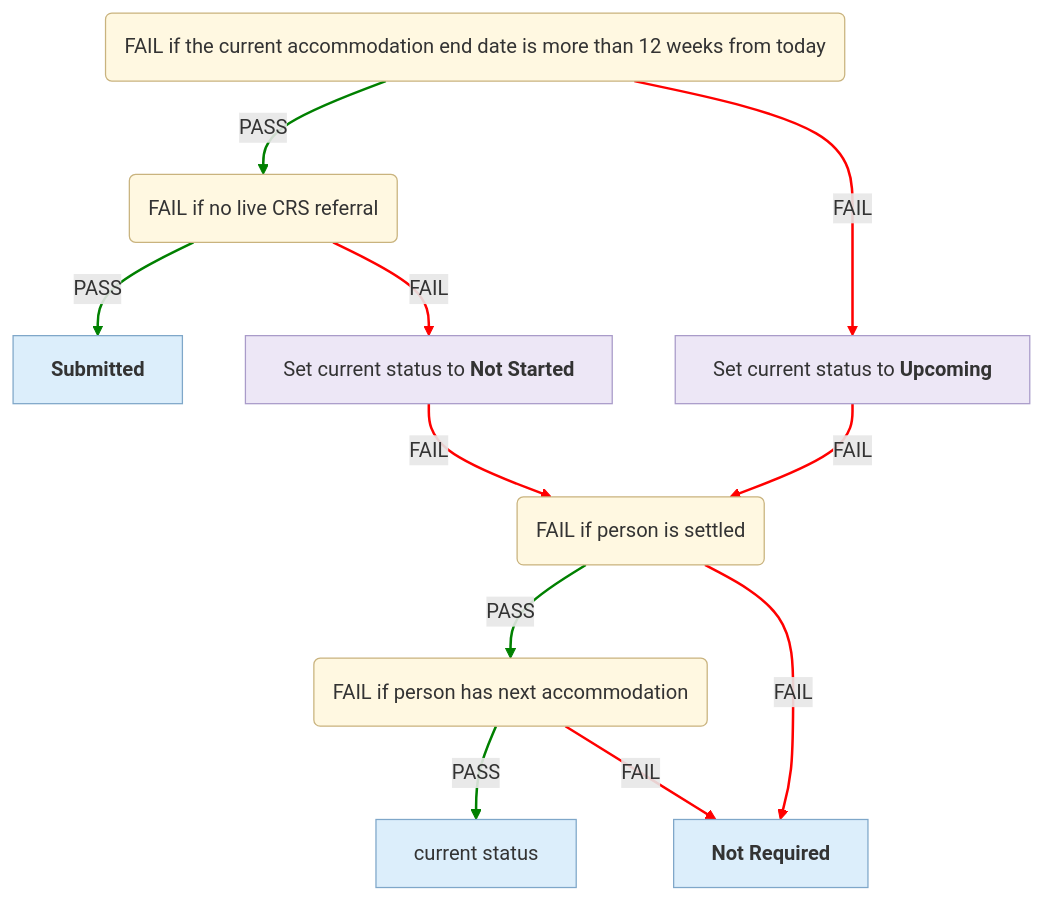
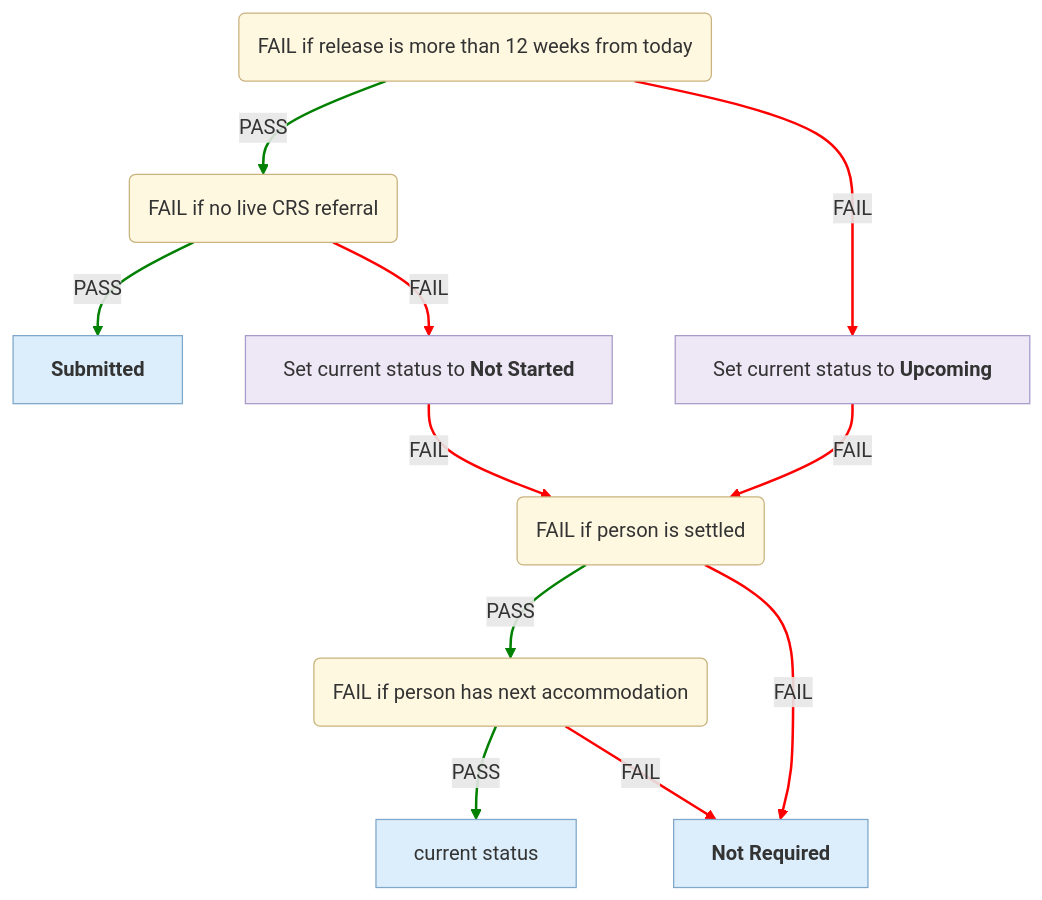
Before and after one commit to ministryofjustice/hmpps-single-accommodation-service-api: the fourth of 6 diagrams in docs/eligibility-rules-graph.md, drawn with Mermaid. The commit also changed other lines of this file and 13 other files, not shown here.

Commit message:
chore/SAS-1544-Make-language-more-natural-for-Fail-descriptions

````diff
--- a/docs/eligibility-rules-graph.md
+++ b/docs/eligibility-rules-graph.md
@@ -496,31 +421,31 @@
 ```mermaid
 %%{init: {"flowchart": {"wrappingWidth": 800}}}%%
 flowchart TD
-  Upcoming("<div style='text-align:left'>FAIL if the current accommodation end date is more than 12 weeks from today</div>")
+  Upcoming("<div style='text-align:left'>FAIL if release is more than 12 weeks from today</div>")
   Completion("<div style='text-align:left'>FAIL if no live CRS referral</div>")
   CRS_SUBMITTED["<b>Submitted</b>"]
   updater_CrsCompletionContextUpdater["Set current status to <b>Not Started</b>"]
   Eligibility_Settled("<div style='text-align:left'>FAIL if person is settled</div>")
   Eligibility_Next_Accommodation("<div style='text-align:left'>FAIL if person has next accommodation</div>")
   confirmed["current status"]
   CRS_NOT_REQUIRED["<b>Not Required</b>"]
   updater_CrsUpcomingContextUpdater["Set current status to <b>Upcoming</b>"]
   Completion -->|PASS| CRS_SUBMITTED
   Completion -->|FAIL| updater_CrsCompletionContextUpdater
   Eligibility_Next_Accommodation -->|PASS| confirmed
   Eligibility_Next_Accommodation -->|FAIL| CRS_NOT_REQUIRED
   Eligibility_Settled -->|PASS| Eligibility_Next_Accommodation
   Eligibility_Settled -->|FAIL| CRS_NOT_REQUIRED
   updater_CrsCompletionContextUpdater -->|FAIL| Eligibility_Settled
   Upcoming -->|PASS| Completion
   Upcoming -->|FAIL| updater_CrsUpcomingContextUpdater
   updater_CrsUpcomingContextUpdater -->|FAIL| Eligibility_Settled
   linkStyle 0,2,4,7 stroke:green,stroke-width:2px
   linkStyle 1,3,5,6,8,9 stroke:red,stroke-width:2px
   classDef ruleSetNode fill:#FFF8E1,stroke:#C9B37E,color:#333
   classDef outcomeNode fill:#DCEEFB,stroke:#7FA7C9,color:#333
   classDef updaterNode fill:#EDE7F6,stroke:#A99BC9,color:#333
   class Upcoming,Completion,Eligibility_Settled,Eligibility_Next_Accommodation ruleSetNode
   class CRS_SUBMITTED,confirmed,CRS_NOT_REQUIRED outcomeNode
   class updater_CrsCompletionContextUpdater,updater_CrsUpcomingContextUpdater updaterNode
 ```
````
